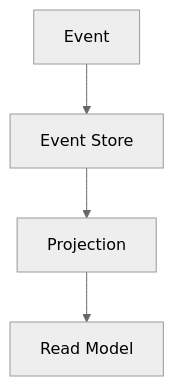
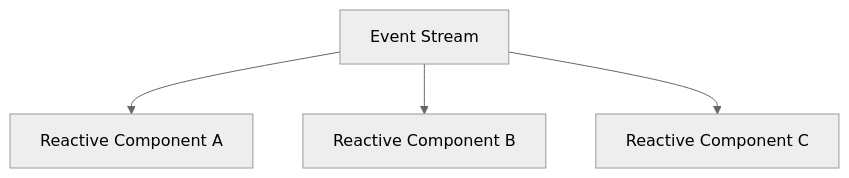
One commit to nogeniuss/arquiteturas-de-software changed diagram 12 of 15 in README.md. Above: the diagram before and after it, drawn with Mermaid (neutral theme). The commit also changed other lines of this file, not shown here.

````diff
--- a/README.md
+++ b/README.md
@@ -152,6 +104,6 @@
 ```mermaid
 graph TD
-    A[Event] --> B[Event Store]
-    B --> C[Projection]
-    C --> D[Read Model]
+    A[Event Stream] --> B[Reactive Component A]
+    A --> C[Reactive Component B]
+    A --> D[Reactive Component C]
 ```
````
